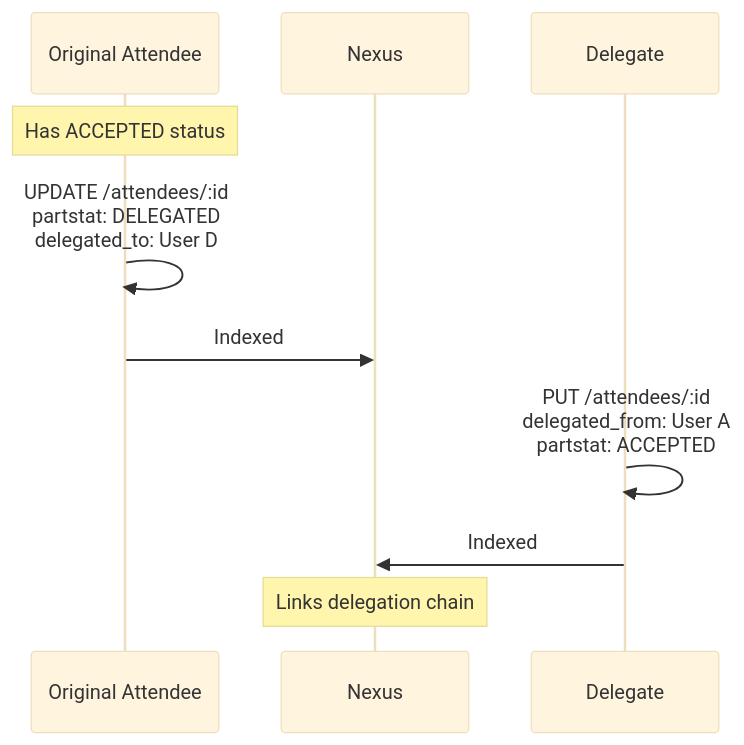
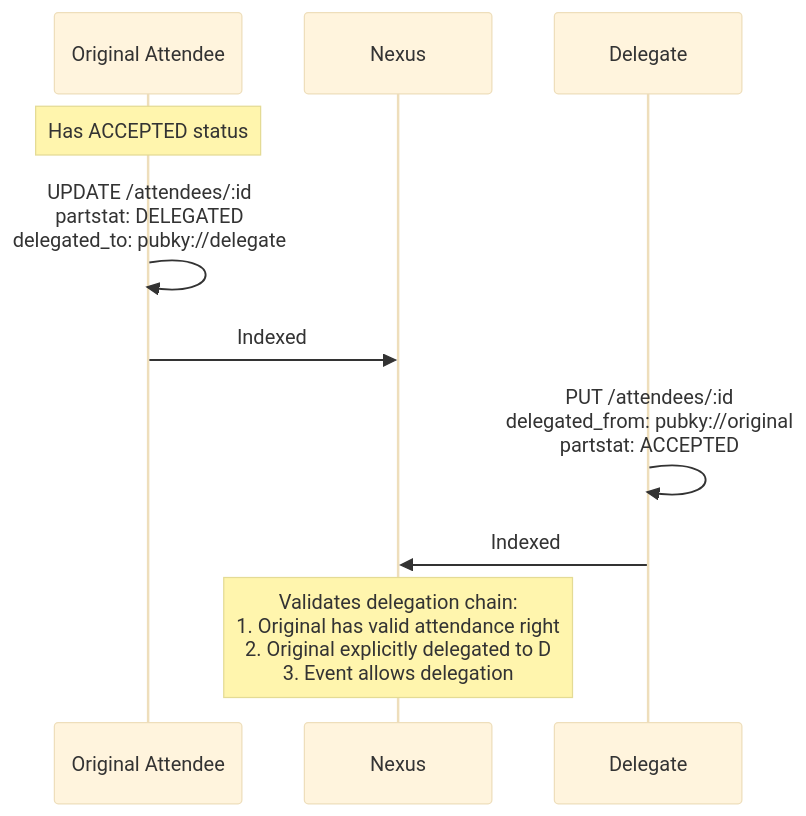
One commit to gillohner/eventky changed the fifth of 5 diagrams in docs/future/ATTENDEE_EXTENSIONS.md. Above: the diagram before and after it, drawn with Mermaid (base theme). The commit also changed other lines of this file and 3 other files, not shown here.

````diff
--- a/docs/future/ATTENDEE_EXTENSIONS.md
+++ b/docs/future/ATTENDEE_EXTENSIONS.md
@@ -146,15 +1143,15 @@
 ```mermaid
 sequenceDiagram
     participant A as Original Attendee
     participant N as Nexus
     participant D as Delegate
     
     Note over A: Has ACCEPTED status
-    A->>A: UPDATE /attendees/:id<br/>partstat: DELEGATED<br/>delegated_to: User D
+    A->>A: UPDATE /attendees/:id<br/>partstat: DELEGATED<br/>delegated_to: pubky://delegate
     A->>N: Indexed
     
-    D->>D: PUT /attendees/:id<br/>delegated_from: User A<br/>partstat: ACCEPTED
+    D->>D: PUT /attendees/:id<br/>delegated_from: pubky://original<br/>partstat: ACCEPTED
     D->>N: Indexed
     
-    Note over N: Links delegation chain
+    Note over N: Validates delegation chain:<br/>1. Original has valid attendance right<br/>2. Original explicitly delegated to D<br/>3. Event allows delegation
 ```
````
